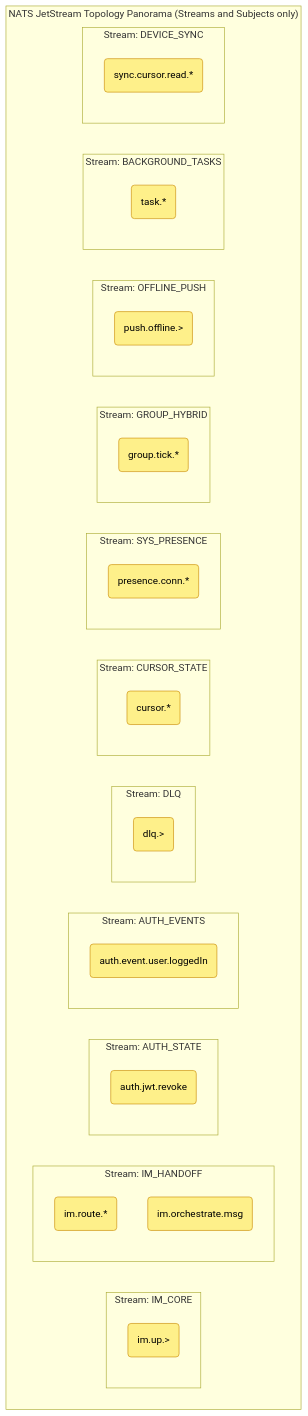
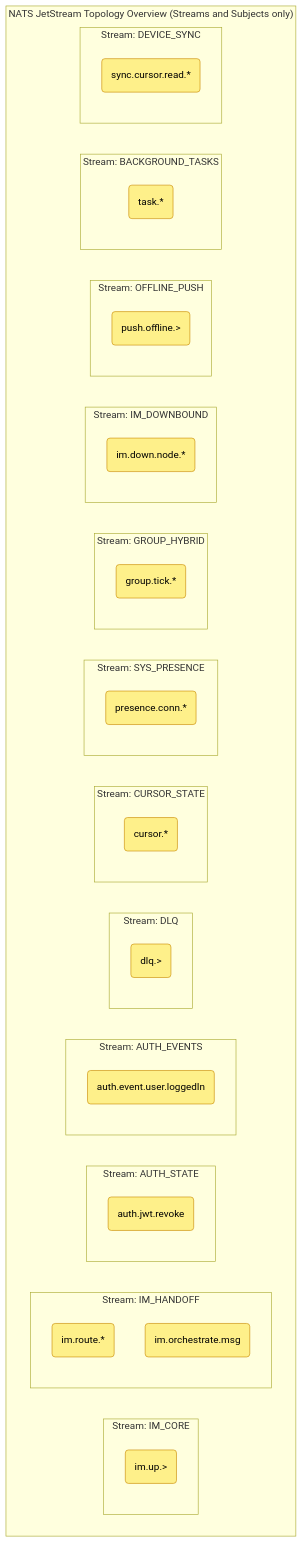
The first of 13 diagrams in docs/devdocs/jetstream-strategy.md (JamesWilson19970101/ocean.chat.docs), drawn with Mermaid before and after one commit. The commit also changed other lines of this file and 1 other file, not shown here.

First line of the commit message:
docs(nats): update jetstream strategy and add IM_DOWNBOUND stream

````diff
--- a/docs/devdocs/jetstream-strategy.md
+++ b/docs/devdocs/jetstream-strategy.md
@@ -25,42 +34,45 @@
 ```mermaid
 flowchart TB
     classDef stream fill:#dcfce7,stroke:#16a34a,stroke-width:2px,color:#000;
     classDef subject fill:#fef08a,stroke:#ca8a04,stroke-width:1px,color:#000;
 
-    subgraph JetStream ["NATS JetStream Topology Panorama (Streams and Subjects only)"]
+    subgraph JetStream ["NATS JetStream Topology Overview (Streams and Subjects only)"]
         subgraph S_CORE ["Stream: IM_CORE"]
             UP("im.up.>"):::subject
         end
         subgraph S_HANDOFF ["Stream: IM_HANDOFF"]
             ROUTE("im.route.*"):::subject
             ORCH("im.orchestrate.msg"):::subject
         end
         subgraph S_AUTH ["Stream: AUTH_STATE"]
             REVOKE("auth.jwt.revoke"):::subject
         end
         subgraph S_AUTH_EVENTS ["Stream: AUTH_EVENTS"]
             LOGGEDIN("auth.event.user.loggedIn"):::subject
         end
         subgraph S_DLQ ["Stream: DLQ"]
             DLQ("dlq.>"):::subject
         end
         subgraph S_CURSOR ["Stream: CURSOR_STATE"]
             CURSOR("cursor.*"):::subject
         end
         subgraph S_SYS ["Stream: SYS_PRESENCE"]
             CONN("presence.conn.*"):::subject
         end
         subgraph S_HYBRID ["Stream: GROUP_HYBRID"]
             TICK("group.tick.*"):::subject
         end
+        subgraph S_DOWNBOUND ["Stream: IM_DOWNBOUND"]
+            DOWN("im.down.node.*"):::subject
+        end
         subgraph S_PUSH ["Stream: OFFLINE_PUSH"]
             PUSH("push.offline.>"):::subject
         end
         subgraph S_TASK ["Stream: BACKGROUND_TASKS"]
             TASK("task.*"):::subject
         end
         subgraph S_SYNC ["Stream: DEVICE_SYNC"]
             SYNC("sync.cursor.read.*"):::subject
         end
     end
 ```
````
